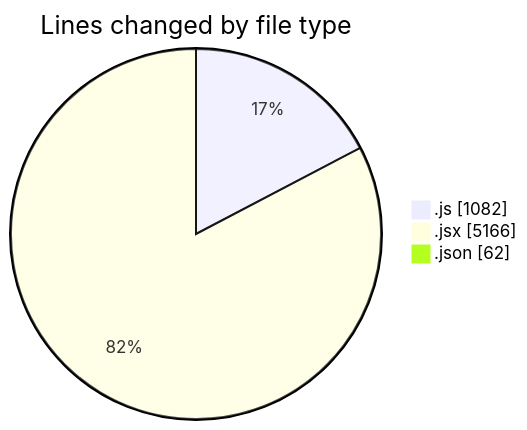
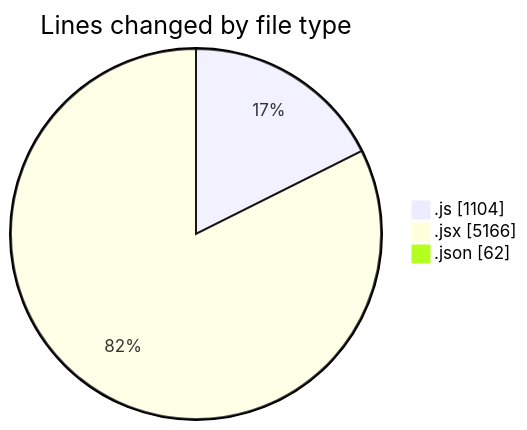
The first of 2 diagrams in 2025-08-07/nxtqube_webapp/README.md (nxtqubesakshisongat/code-tracking), drawn with Mermaid before and after one commit. The commit also changed other lines of this file and 1 other file, not shown here.

````diff
--- a/2025-08-07/nxtqube_webapp/README.md
+++ b/2025-08-07/nxtqube_webapp/README.md
@@ -25,7 +25,7 @@
 ```mermaid
 pie showData
 title Lines changed by file type
-".js" : 1082
+".js" : 1104
 ".jsx" : 5166
 ".json" : 62
 ```
````
